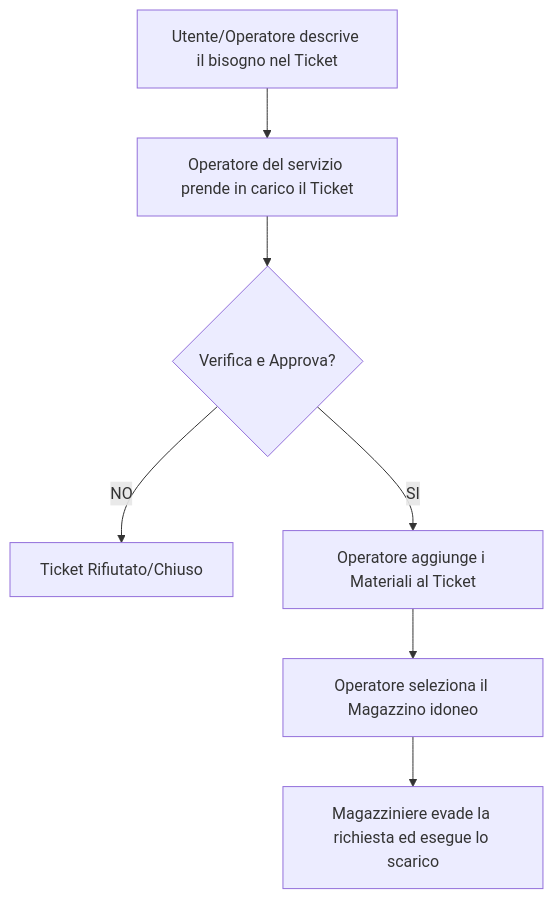
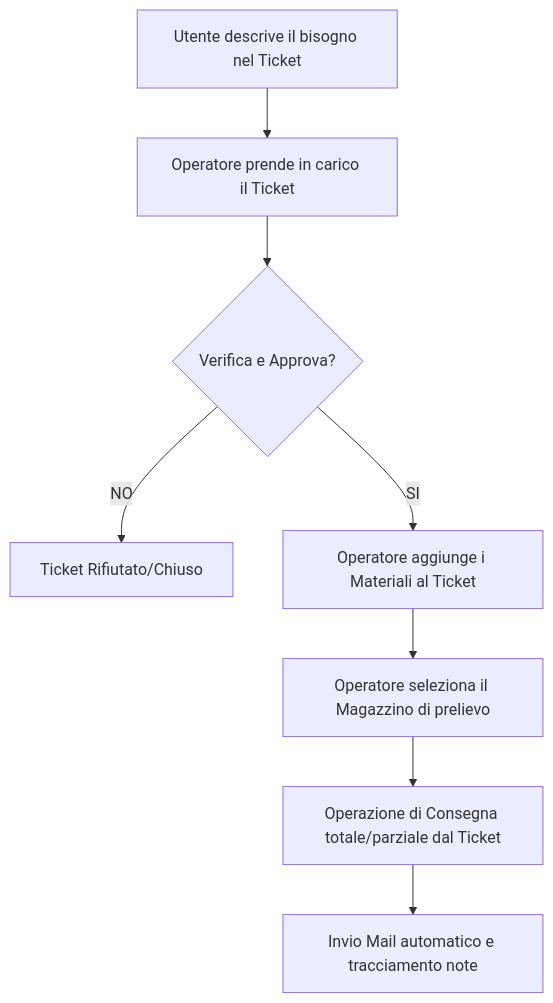
The diagram in troubletick_standalone_windows_v7_4_sqlite/DOCUMENTAZIONE_MAGAZZINO.md (sscriboni/ticketing), drawn with Mermaid before and after one commit. The commit also changed other lines of this file, not shown here.

````diff
--- a/troubletick_standalone_windows_v7_4_sqlite/DOCUMENTAZIONE_MAGAZZINO.md
+++ b/troubletick_standalone_windows_v7_4_sqlite/DOCUMENTAZIONE_MAGAZZINO.md
@@ -21,9 +21,10 @@
 ```mermaid
 graph TD
-    A[Utente/Operatore descrive il bisogno nel Ticket] --> B[Operatore del servizio prende in carico il Ticket]
+    A[Utente descrive il bisogno nel Ticket] --> B[Operatore prende in carico il Ticket]
     B --> C{Verifica e Approva?}
     C -- NO --> D[Ticket Rifiutato/Chiuso]
     C -- SI --> E[Operatore aggiunge i Materiali al Ticket]
-    E --> F[Operatore seleziona il Magazzino idoneo]
-    F --> H[Magazziniere evade la richiesta ed esegue lo scarico]
+    E --> F[Operatore seleziona il Magazzino di prelievo]
+    F --> H[Operazione di Consegna totale/parziale dal Ticket]
+    H --> I[Invio Mail automatico e tracciamento note]
 ```
````
